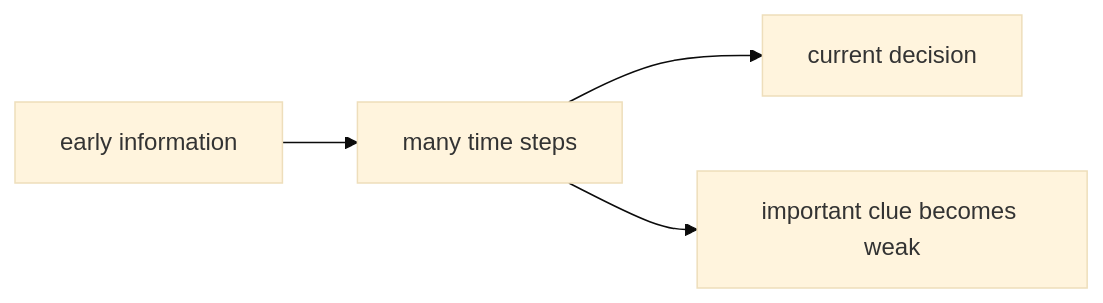
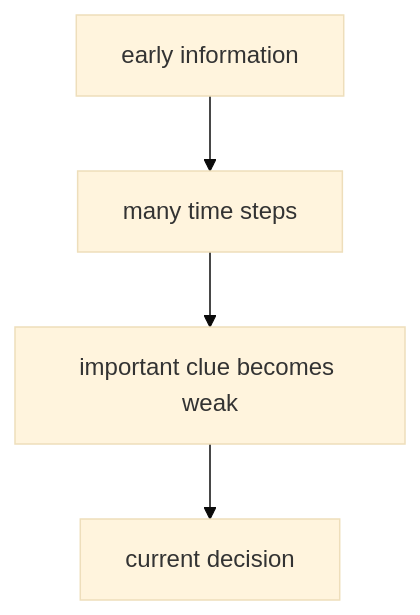
The diagram in docs/parts/part-04/chapter-12/section-02.md (devchan64/AiBook), drawn with Mermaid (base theme) before and after one commit. The commit also changed 35 other files, not shown here.

Commit message:
docs(part-04,part-05): strengthen cases and diagrams

````diff
--- a/docs/parts/part-04/chapter-12/section-02.md
+++ b/docs/parts/part-04/chapter-12/section-02.md
@@ -131,10 +131,11 @@
 ```mermaid
-flowchart LR
+flowchart TD
   A["early information"]
   B["many time steps"]
-  C["current decision"]
-  D["important clue becomes weak"]
+  C["important clue becomes weak"]
+  D["current decision"]
 
-  A --> B --> C
-  B --> D
+  A --> B
+  B --> C
+  C --> D
 ```
````
